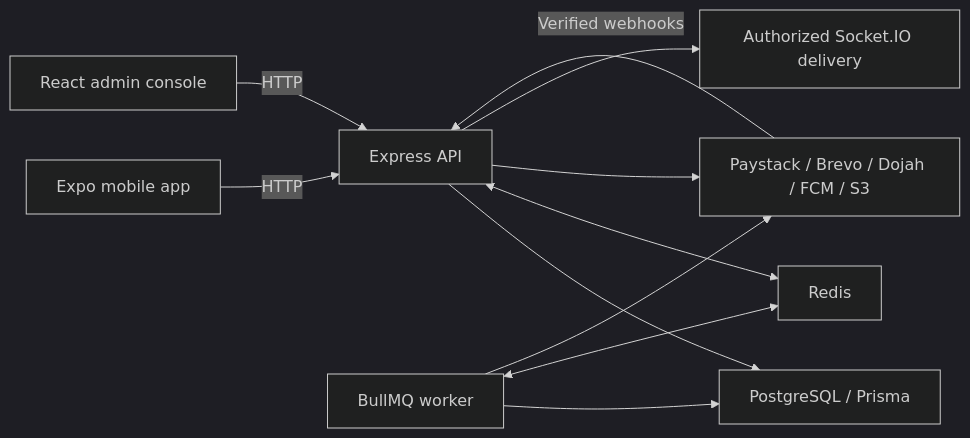
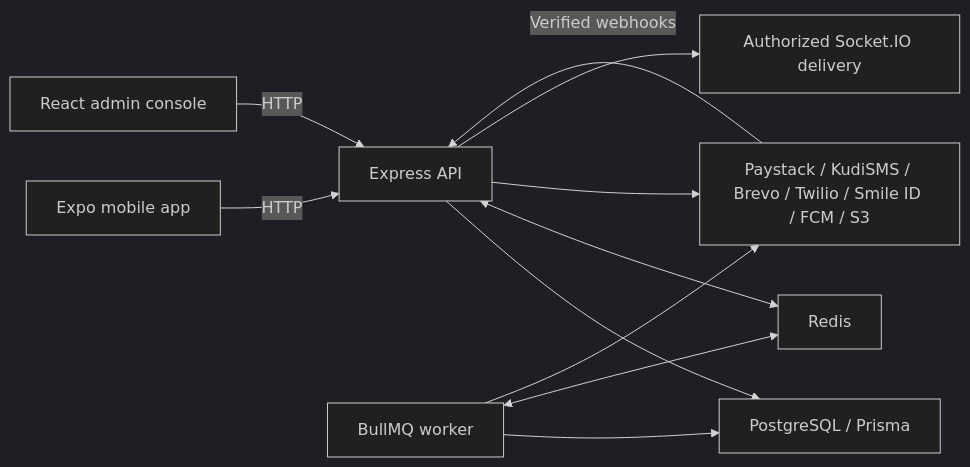
Before and after one commit to playbookTV/hire-quick: the first of 2 diagrams in docs/ARCHITECTURE.md, drawn with Mermaid (dark theme). The commit also changed other lines of this file and 403 other files, not shown here.

````diff
--- a/docs/ARCHITECTURE.md
+++ b/docs/ARCHITECTURE.md
@@ -9,13 +9,13 @@
 ```mermaid
 flowchart LR
   Mobile["Expo mobile app"] -->|"HTTP"| API["Express API"]
   Admin["React admin console"] -->|"HTTP"| API
   API --> DB["PostgreSQL / Prisma"]
   Worker["BullMQ worker"] --> DB
   API <--> Redis["Redis"]
   Worker <--> Redis
-  API --> Providers["Paystack / Brevo / Dojah / FCM / S3"]
+  API --> Providers["Paystack / KudiSMS / Brevo / Twilio / Smile ID / FCM / S3"]
   Worker --> Providers
   Providers -->|"Verified webhooks"| API
   API --> Socket["Authorized Socket.IO delivery"]
 ```
````
